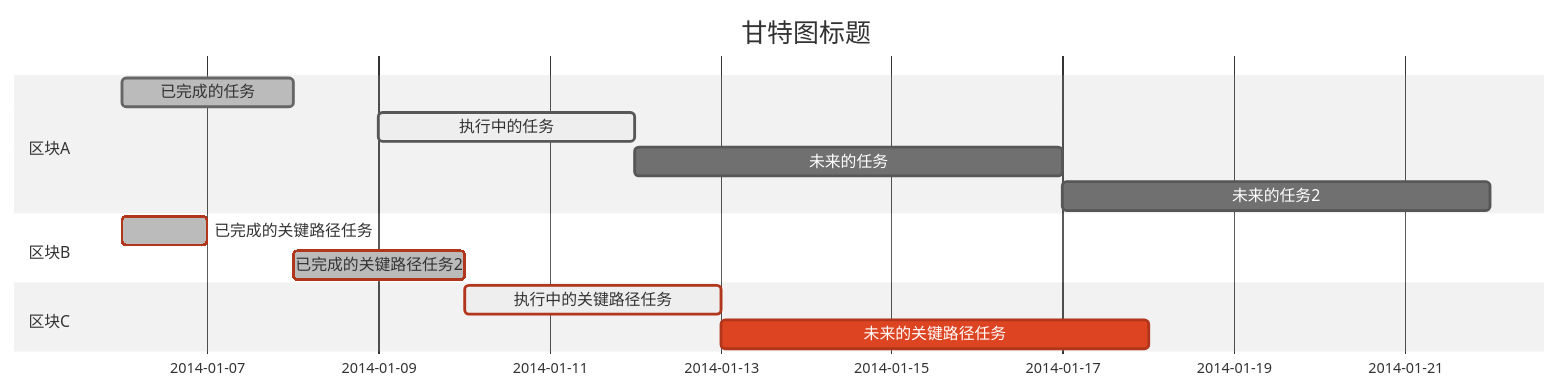
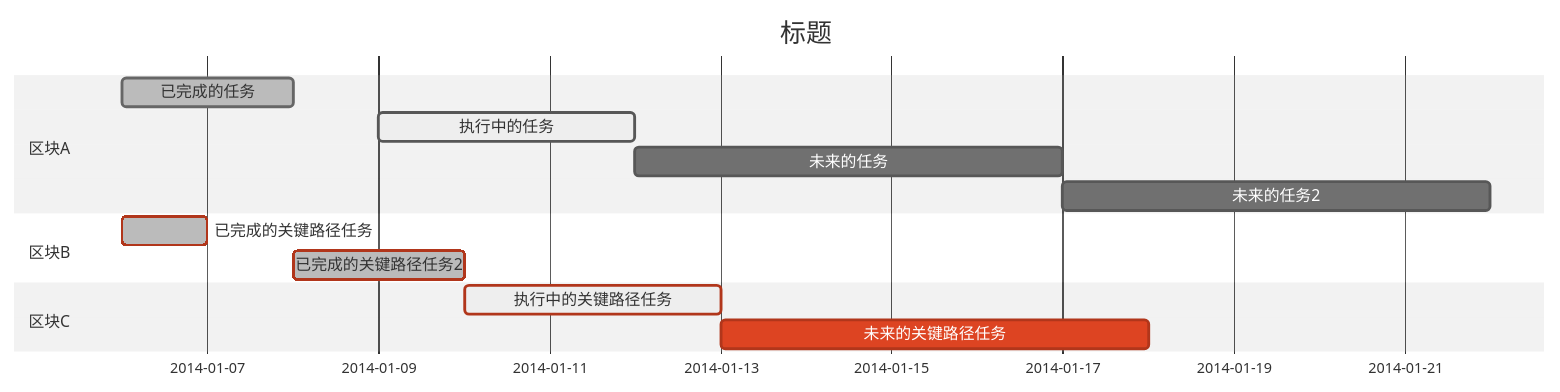
One commit to MadMaxChow/VLOOK changed the tenth of 10 diagrams in 3-demo/脚本化图表 for Markdown.md. Above: the diagram before and after it, drawn with Mermaid (neutral theme). The commit also changed other lines of this file and 38 other files, not shown here.

````diff
--- a/3-demo/脚本化图表 for Markdown.md
+++ b/3-demo/脚本化图表 for Markdown.md
@@ -224,19 +469,21 @@
 ```mermaid
 gantt
 dateFormat  YYYY-MM-DD
-title 甘特图标题
+title 标题
+
+%% this is a comment
 
 section 区块A
 已完成的任务:done, des1, 2014-01-06, 2014-01-08
 执行中的任务:active, des2, 2014-01-09, 3d
 未来的任务:des3, after des2, 5d
 未来的任务2:des4, after des3, 5d
 
 section 区块B
 已完成的关键路径任务:crit, done, 2014-01-06, 24h
 已完成的关键路径任务2:crit, done, after des1, 2d
 
 section 区块C
 执行中的关键路径任务:crit, active, 3d
 未来的关键路径任务:crit, 5d
 ```
````
